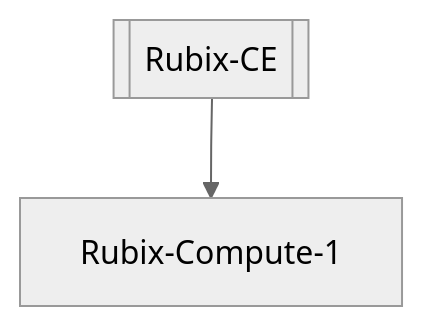
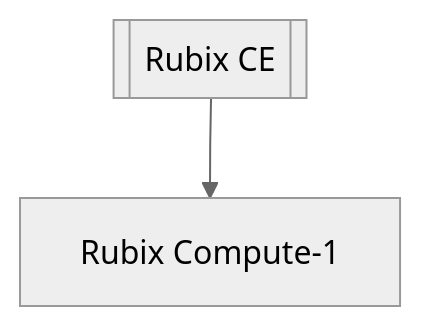
Before and after one commit to NubeIO/rubix-ce-docs: the first of 2 diagrams in docs/rubix-ce/setup/Rubix Computes.md, drawn with Mermaid (neutral theme). The commit also changed other lines of this file and 3 other files, not shown here.

````diff
--- a/docs/rubix-ce/setup/Rubix Computes.md
+++ b/docs/rubix-ce/setup/Rubix Computes.md
@@ -60,4 +60,4 @@
 ```mermaid
 flowchart TD
-    A[[Rubix-CE]] --> B[Rubix-Compute-1]
+    A[[Rubix CE]] --> B[Rubix Compute-1]
 ```
````
